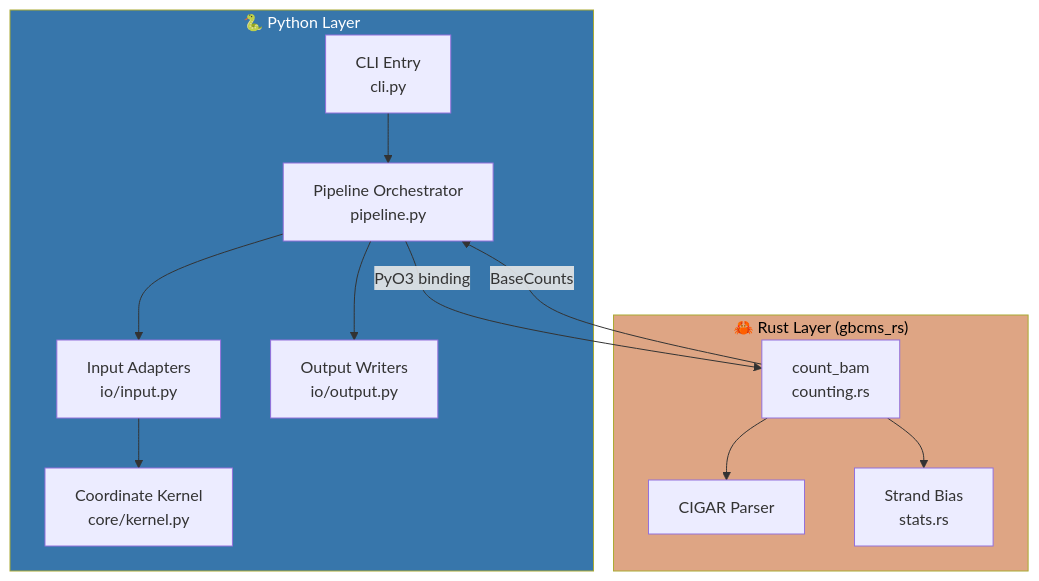
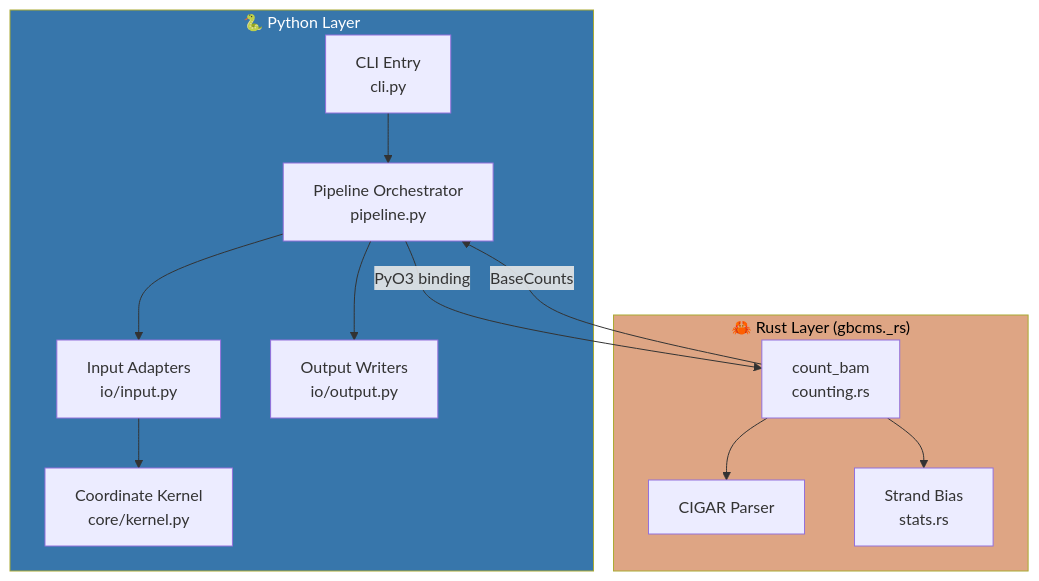
One commit to msk-access/py-gbcms changed the first of 4 diagrams in docs/ARCHITECTURE.md. Above: the diagram before and after it, drawn with Mermaid. The commit also changed other lines of this file and 1 other file, not shown here.

First line of the commit message:
docs: update references from gbcms_rs to gbcms._rs

````diff
--- a/docs/ARCHITECTURE.md
+++ b/docs/ARCHITECTURE.md
@@ -9,20 +9,20 @@
 ```mermaid
 flowchart TB
     subgraph Python["🐍 Python Layer"]
         CLI[CLI Entry<br>cli.py] --> Pipeline[Pipeline Orchestrator<br>pipeline.py]
         Pipeline --> Reader[Input Adapters<br>io/input.py]
         Pipeline --> Writer[Output Writers<br>io/output.py]
         Reader --> Kernel[Coordinate Kernel<br>core/kernel.py]
     end
     
-    subgraph Rust["🦀 Rust Layer (gbcms_rs)"]
+    subgraph Rust["🦀 Rust Layer (gbcms._rs)"]
         Counter[count_bam<br>counting.rs] --> CIGAR[CIGAR Parser]
         Counter --> Stats[Strand Bias<br>stats.rs]
     end
     
     Pipeline -->|"PyO3 binding"| Counter
     Counter -->|"BaseCounts"| Pipeline
     
     style Python fill:#3776ab,color:#fff
     style Rust fill:#dea584,color:#000
 ```
````
